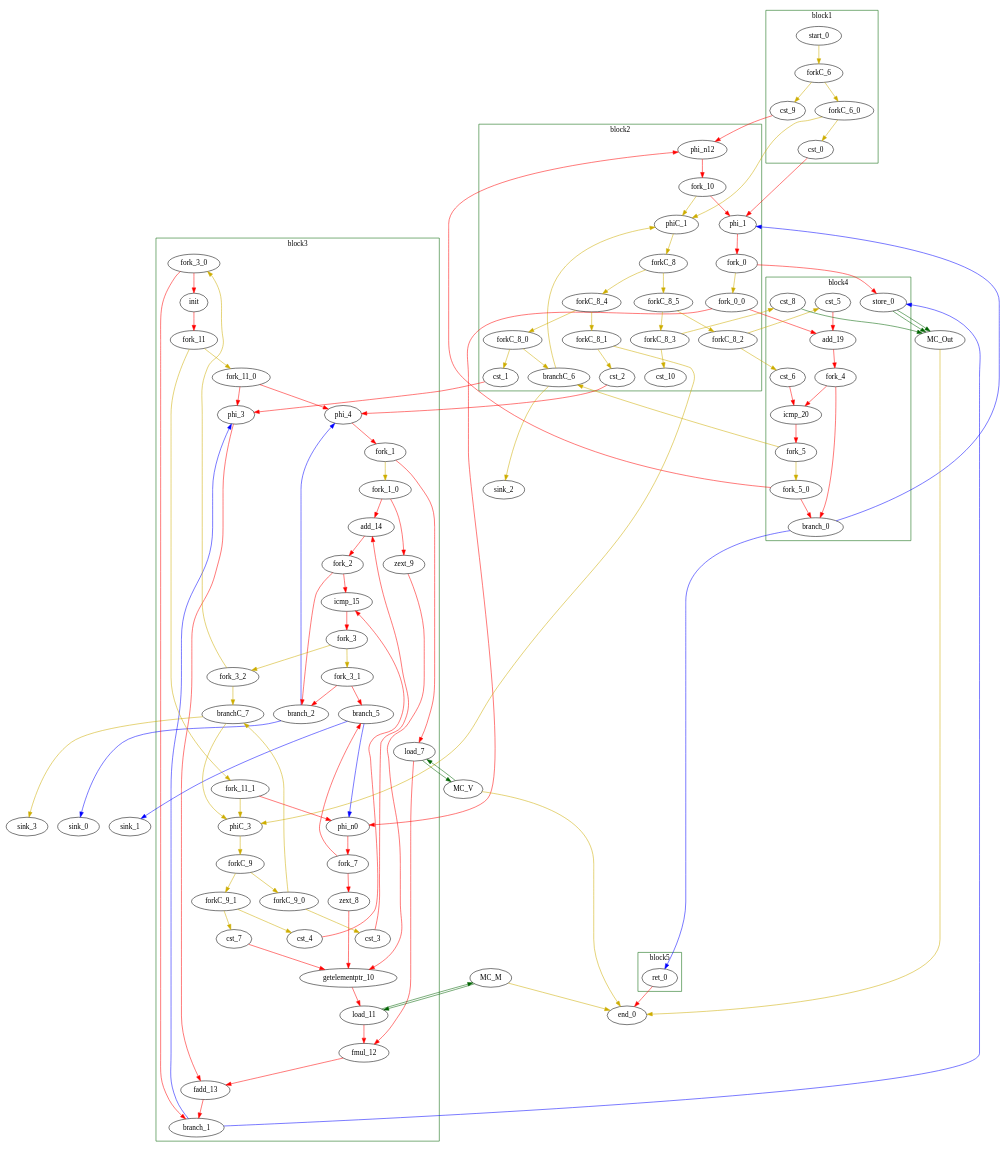
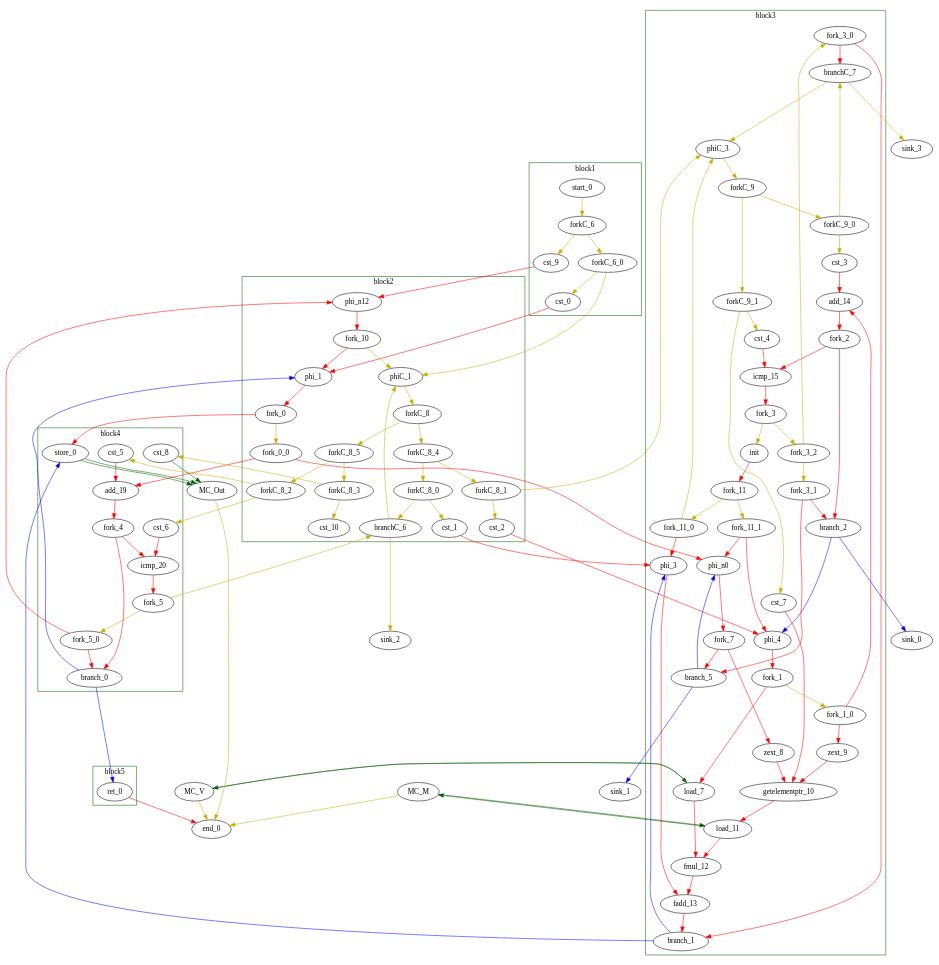
One commit to VCA-EPFL/dataflow-rewriter changed the diagram in benchmarks/preprocessed-baseline-matvec.dot. Above: the diagram before and after it, drawn with Graphviz. The commit also changed 2 other files, not shown here.

```diff
--- a/benchmarks/preprocessed-baseline-matvec.dot
+++ b/benchmarks/preprocessed-baseline-matvec.dot
@@ -54,12 +54,12 @@
 		"icmp_15" [type = "Operator", bbID= 3, op = "icmp_ult_op", in = "in1:32 in2:32 ", out = "out1:1 ", delay=1.530, latency=0, II=1, tagged=false, taggers_num=0, tagger_id=-1];
 		"cst_7" [type = "Constant", bbID= 3, in = "in1:32", out = "out1:32", value = "0x0000001E", tagged=false, taggers_num=0, tagger_id=-1];
 		"phi_n0" [type = "mux T", bbID= 3, in = "in1?:1 in2:32 in3:32 ", out = "out1:32", delay=0.366, tagged=false, taggers_num=0, tagger_id=-1];
-		"phiC_3" [type = "mux T", bbID= 3, in = "in1?:1 in2:0 in3:0 ", out = "out1:0", delay=0.166, tagged=false, taggers_num=0, tagger_id=-1];
-		"branch_1" [type = "branch T", bbID= 3,  in = "in1:32 in2?:1*i", out = "out1+:32 out2-:32", tagged=false, taggers_num=0, tagger_id=-1];
+		"phiC_3" [type = "mux Bool", bbID= 3, in = "in1?:1 in2:0 in3:0 ", out = "out1:0", delay=0.166, tagged=false, taggers_num=0, tagger_id=-1];
+		"branch_1" [type = "branch T", bbID= 3,  in = "in1:32 in2?:1", out = "out1+:32 out2-:32", tagged=false, taggers_num=0, tagger_id=-1];
 		"init" [type = "init Bool false", bbID= 3, in = "in1:32 ", out = "out1:32", delay=0.366, tagged=false, taggers_num=0, tagger_id=-1];
-		"branch_2" [type = "branch T", bbID= 3,  in = "in1:32 in2?:1*i", out = "out1+:32 out2-:32", tagged=false, taggers_num=0, tagger_id=-1];
-		"branch_5" [type = "branch T", bbID= 3,  in = "in1:32 in2?:1*i", out = "out1+:32 out2-:32", tagged=false, taggers_num=0, tagger_id=-1];
-		"branchC_7" [type = "branch T", bbID= 3,  in = "in1:0 in2?:1*i", out = "out1+:0 out2-:0", tagged=false, taggers_num=0, tagger_id=-1];
+		"branch_2" [type = "branch T", bbID= 3,  in = "in1:32 in2?:1", out = "out1+:32 out2-:32", tagged=false, taggers_num=0, tagger_id=-1];
+		"branch_5" [type = "branch T", bbID= 3,  in = "in1:32 in2?:1", out = "out1+:32 out2-:32", tagged=false, taggers_num=0, tagger_id=-1];
+		"branchC_7" [type = "branch Bool", bbID= 3,  in = "in1:0 in2?:1", out = "out1+:0 out2-:0", tagged=false, taggers_num=0, tagger_id=-1];
 		"fork_1_0" [type = "fork Bool 2", bbID= 3, in = "in1:32", out = "out1:32 out2:32", tagged = false, taggers_num = 0, tagger_id = -1];
 		"fork_1" [type = "fork Bool 2", bbID= 3, in = "in1:32", out = "out1:32 out2:32", tagged = false, taggers_num = 0, tagger_id = -1];
 		"fork_2" [type = "fork Bool 2", bbID= 3, in = "in1:32", out = "out1:32 out2:32 ", tagged=false, taggers_num=0, tagger_id=-1];
@@ -149,17 +149,17 @@
 	"branch_0" -> "phi_1" [color = "blue", minlen = 3, from = "out2", to = "in3"];
 	"phi_n12" -> "fork_10" [color = "red", from = "out1", to = "in1"];
 	"cst_9" -> "phi_n12" [color = "red", from = "out1", to = "in1"];
-	"branch_1" -> "store_0" [color = "blue", minlen = 3, from = "out1", to = "in1"];
-	"branch_1" -> "phi_3" [color = "blue", minlen = 3, from = "out2", to = "in3"];
+	"branch_1" -> "store_0" [color = "blue", minlen = 3, from = "out2", to = "in1"];
+	"branch_1" -> "phi_3" [color = "blue", minlen = 3, from = "out1", to = "in3"];
 	"init" -> "fork_11" [color = "red", from = "out1", to = "in1"];
-	"branch_2" -> "sink_0" [color = "blue", minlen = 3, from = "out1", to = "in1"];
-	"branch_2" -> "phi_4" [color = "blue", minlen = 3, from = "out2", to = "in3"];
-	"branch_5" -> "sink_1" [color = "blue", minlen = 3, from = "out1", to = "in1"];
-	"branch_5" -> "phi_n0" [color = "blue", minlen = 3, from = "out2", to = "in3"];
+	"branch_2" -> "sink_0" [color = "blue", minlen = 3, from = "out2", to = "in1"];
+	"branch_2" -> "phi_4" [color = "blue", minlen = 3, from = "out1", to = "in3"];
+	"branch_5" -> "sink_1" [color = "blue", minlen = 3, from = "out2", to = "in1"];
+	"branch_5" -> "phi_n0" [color = "blue", minlen = 3, from = "out1", to = "in3"];
 	"branchC_6" -> "sink_2" [color = "gold3", minlen = 3, from = "out1", to = "in1"];
 	"branchC_6" -> "phiC_1" [color = "gold3", minlen = 3, from = "out2", to = "in3"];
-	"branchC_7" -> "sink_3" [color = "gold3", minlen = 3, from = "out1", to = "in1"];
-	"branchC_7" -> "phiC_3" [color = "gold3", minlen = 3, from = "out2", to = "in3"];
+	"branchC_7" -> "sink_3" [color = "gold3", minlen = 3, from = "out2", to = "in1"];
+	"branchC_7" -> "phiC_3" [color = "gold3", minlen = 3, from = "out1", to = "in3"];
     "fork_0_0" -> "phi_n0" [color = "red", from = "out1", to = "in2"];
     "fork_0_0" -> "add_19" [color = "red", from = "out2", to = "in1"];
     "fork_0" -> store_0 [color = red, from = "out1", to = in2];
@@ -171,13 +171,13 @@
 	"fork_2" -> "icmp_15" [color = "red", from = "out1", to = "in1"];
 	"fork_2" -> "branch_2" [color = "red", from = "out2", to = "in1"];
     "fork_3_0" -> "branch_1" [color = "red", from = "out1", to = "in2"];
-    "fork_3_0" -> "init" [color = "red", from = "out2", to = "in1"];
+    "fork_3_0" -> "branchC_7" [color = "red", from = "out2", to = "in2"];
     "fork_3_1" -> "branch_2" [color = "red", from = "out1", to = "in2"];
     "fork_3_1" -> "branch_5" [color = "red", from = "out2", to = "in2"];
-    "fork_3_2" -> "branchC_7" [color = "gold3", from = "out1", to = "in2"];
-    "fork_3_2" -> "fork_3_0" [color = "gold3", from = "out2", to = "in1"];
-    "fork_3" -> "fork_3_1" [color = "gold3", from = "out1", to = "in1"];
-    "fork_3" -> "fork_3_2" [color = "gold3", from = "out2", to = "in1"];
+    "fork_3_2" -> "fork_3_1" [color = "gold3", from = "out2", to = "in1"];
+    "fork_3_2" -> "fork_3_0" [color = "gold3", from = "out1", to = "in1"];
+    "fork_3" -> "init" [color = "gold3", from = "out2", to = "in1"];
+    "fork_3" -> "fork_3_2" [color = "gold3", from = "out1", to = "in1"];
 	"fork_4" -> "icmp_20" [color = "red", from = "out1", to = "in1"];
 	"fork_4" -> "branch_0" [color = "red", from = "out2", to = "in1"];
     "fork_5_0" -> "branch_0" [color = "red", from = "out1", to = "in2"];
@@ -213,9 +213,9 @@
 	"fork_10" -> "phi_1" [color = "red", from = "out1", to = "in1"];
 	"fork_10" -> "phiC_1" [color = "gold3", from = "out2", to = "in1"];
     "fork_11_0" -> "phi_3" [color = "red", from = "out1", to = "in1"];
-    "fork_11_0" -> "phi_4" [color = "red", from = "out2", to = "in1"];
-    "fork_11_1" -> "phi_n0" [color = "red", from = "out1", to = "in1"];
-    "fork_11_1" -> "phiC_3" [color = "gold3", from = "out2", to = "in1"];
+    "fork_11_0" -> "phiC_3" [color = "gold3", from = "out2", to = "in1"];
+    "fork_11_1" -> "phi_n0" [color = "red", from = "out2", to = "in1"];
+    "fork_11_1" -> "phi_4" [color = "red", from = "out1", to = "in1"];
     "fork_11" -> "fork_11_0" [color = "gold3", from = "out1", to = "in1"];
     "fork_11" -> "fork_11_1" [color = "gold3", from = "out2", to = "in1"];
 
```
